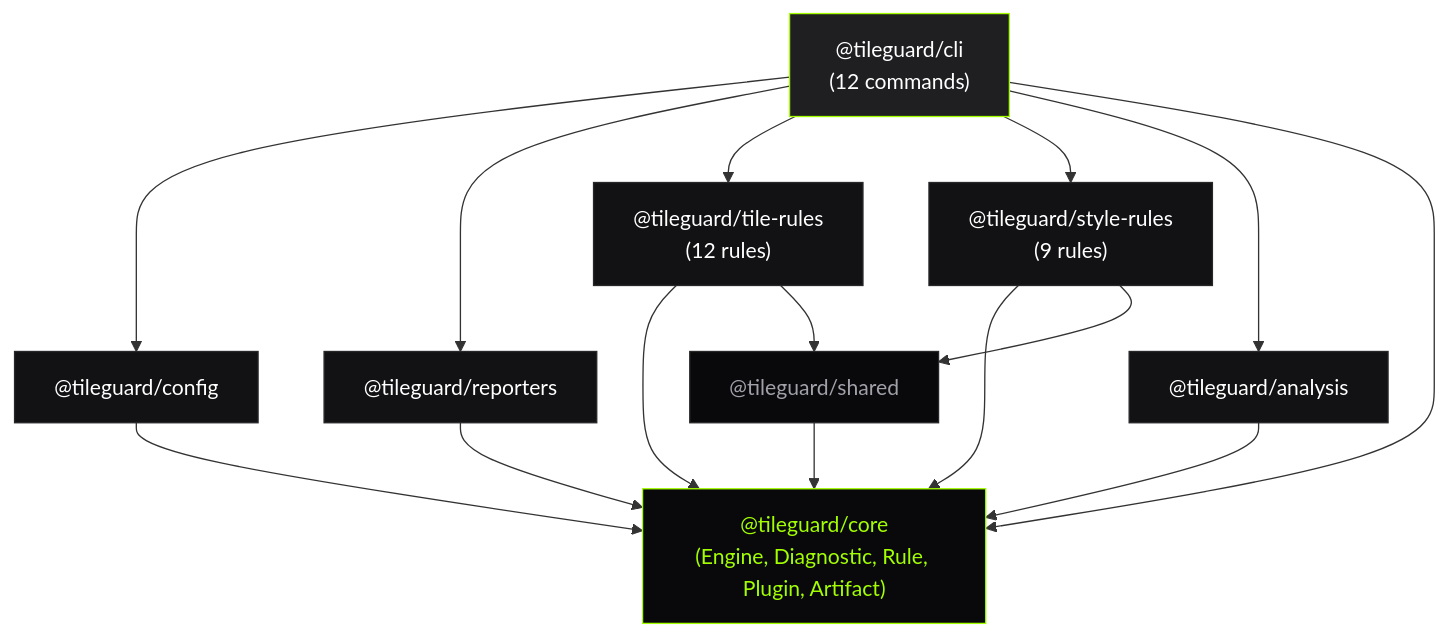
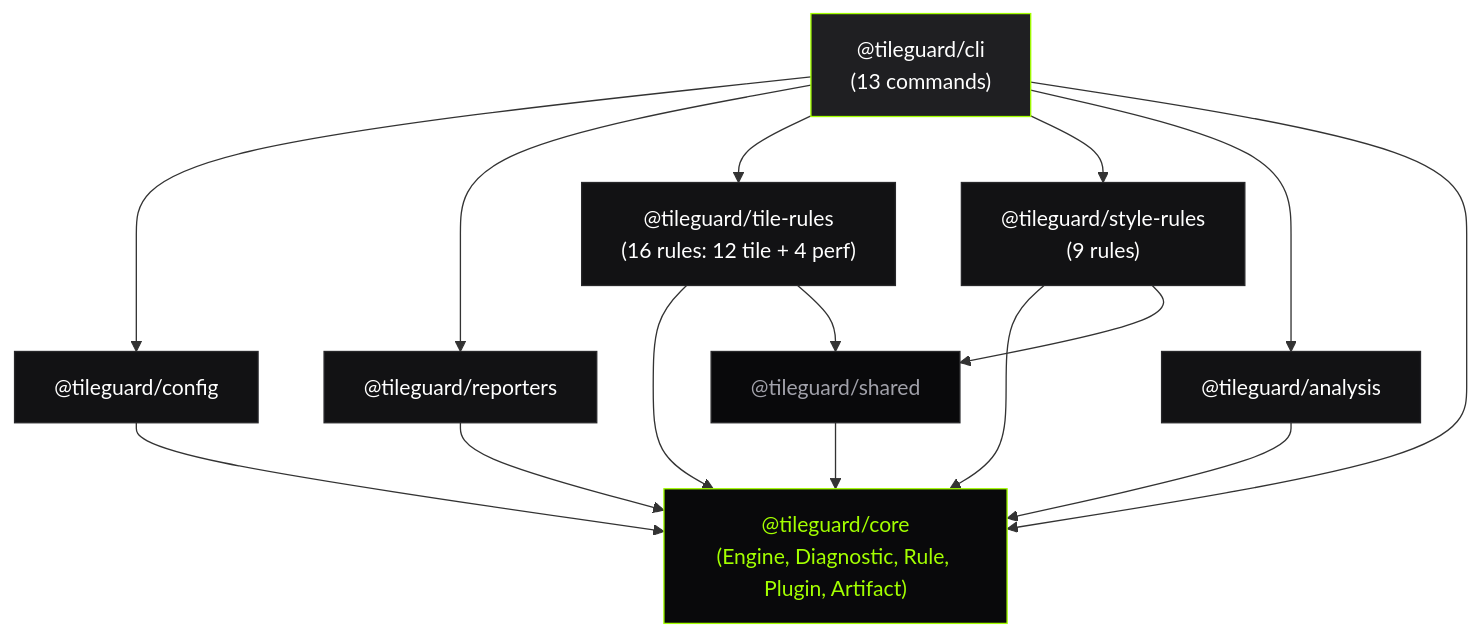
One commit to shreeharshshinde/tileguard changed the diagram in docs-site/architecture/overview.md. Above: the diagram before and after it, drawn with Mermaid.

Commit message:
feat: update CLI and tile-rules command counts in architecture overview

````diff
--- a/docs-site/architecture/overview.md
+++ b/docs-site/architecture/overview.md
@@ -29,35 +29,35 @@
 ```mermaid
 graph TD
-    CLI["@tileguard/cli<br/>(12 commands)"]
+    CLI["@tileguard/cli<br/>(13 commands)"]
     CONFIG["@tileguard/config"]
     REPORTERS["@tileguard/reporters"]
-    TILE["@tileguard/tile-rules<br/>(12 rules)"]
+    TILE["@tileguard/tile-rules<br/>(16 rules: 12 tile + 4 perf)"]
     STYLE["@tileguard/style-rules<br/>(9 rules)"]
     ANALYSIS["@tileguard/analysis"]
     CORE["@tileguard/core<br/>(Engine, Diagnostic, Rule, Plugin, Artifact)"]
     SHARED["@tileguard/shared"]
 
     CLI --> CONFIG
     CLI --> REPORTERS
     CLI --> TILE
     CLI --> STYLE
     CLI --> ANALYSIS
     CLI --> CORE
     CONFIG --> CORE
     REPORTERS --> CORE
     TILE --> CORE
     TILE --> SHARED
     STYLE --> CORE
     STYLE --> SHARED
     ANALYSIS --> CORE
     SHARED --> CORE
 
     style CLI fill:#1f1f22,stroke:#a3ff00,color:#fff
     style CORE fill:#09090b,stroke:#a3ff00,color:#a3ff00
     style SHARED fill:#09090b,stroke:#27272a,color:#a1a1aa
     style CONFIG fill:#121214,stroke:#27272a,color:#fff
     style REPORTERS fill:#121214,stroke:#27272a,color:#fff
     style TILE fill:#121214,stroke:#27272a,color:#fff
     style STYLE fill:#121214,stroke:#27272a,color:#fff
     style ANALYSIS fill:#121214,stroke:#27272a,color:#fff
 ```
````
